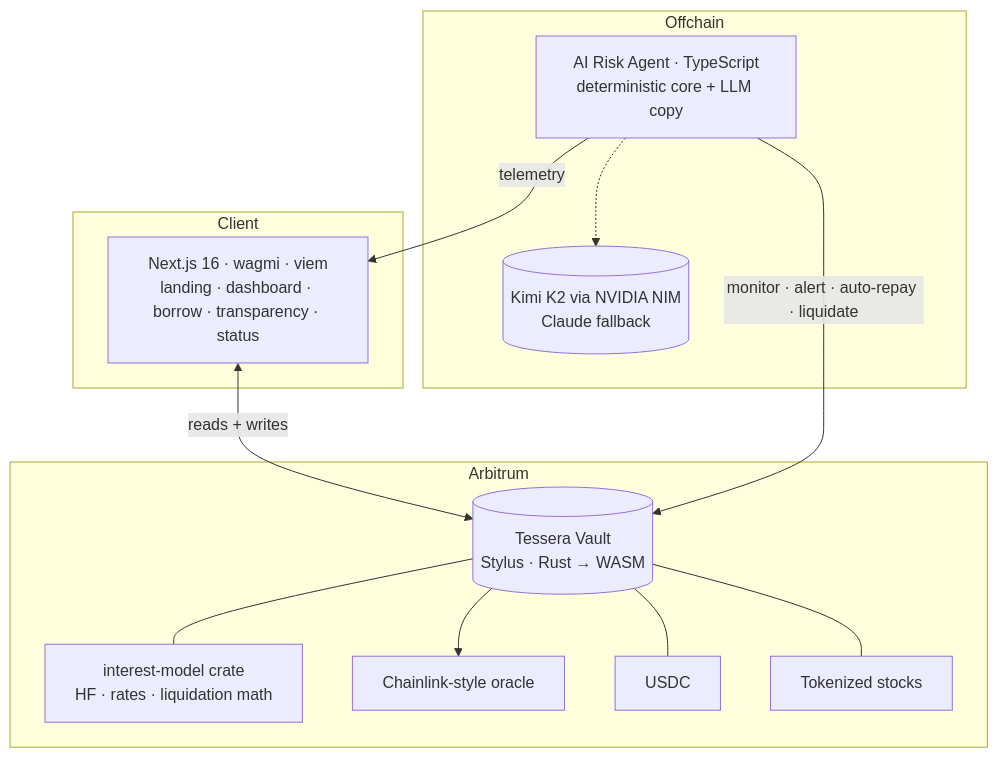
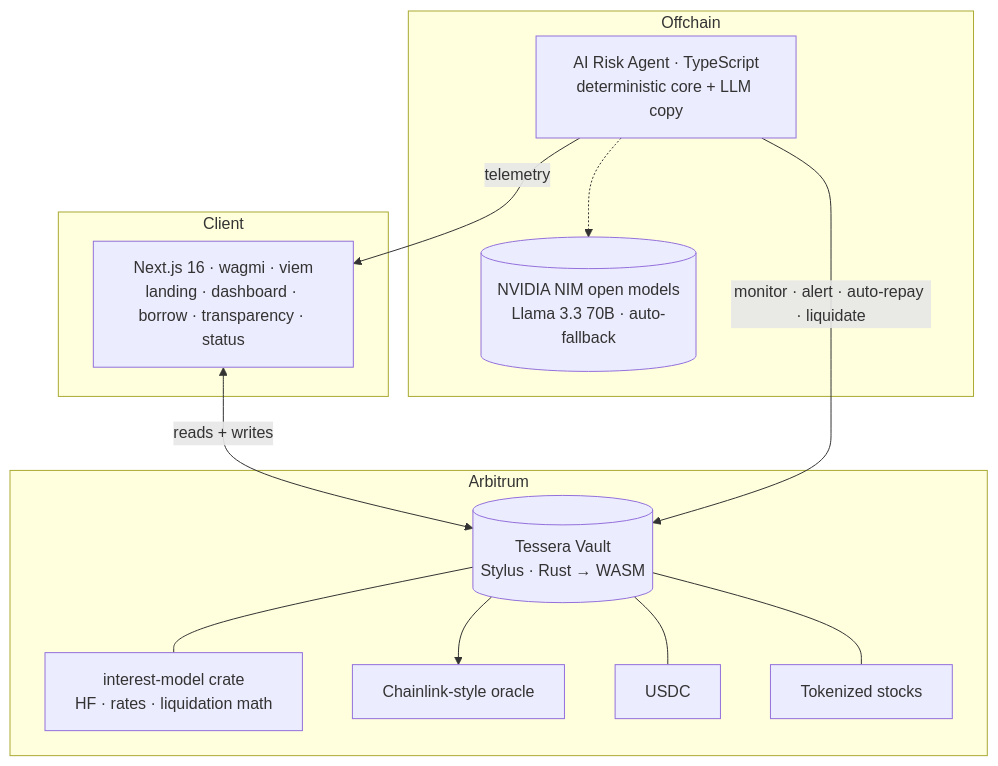
One commit to Ritik200238/tessera changed the third of 3 diagrams in README.md. Above: the diagram before and after it, drawn with Mermaid. The commit also changed other lines of this file and 9 other files, not shown here.

````diff
--- a/README.md
+++ b/README.md
@@ -109,24 +109,24 @@
 ```mermaid
 flowchart TB
   subgraph Client
     WEB[Next.js 16 · wagmi · viem<br/>landing · dashboard · borrow · transparency · status]
   end
   subgraph Chain[Arbitrum]
     VAULT[(Tessera Vault<br/>Stylus · Rust → WASM)]
     IM[interest-model crate<br/>HF · rates · liquidation math]
     ORACLE[Chainlink-style oracle]
     USDC[USDC] & STOCKS[Tokenized stocks]
     VAULT --- IM
     VAULT --> ORACLE
     VAULT --- USDC
     VAULT --- STOCKS
   end
   subgraph Offchain
     AGENT[AI Risk Agent · TypeScript<br/>deterministic core + LLM copy]
-    LLM[(Kimi K2 via NVIDIA NIM<br/>Claude fallback)]
+    LLM[(NVIDIA NIM open models<br/>Llama 3.3 70B · auto-fallback)]
     AGENT -.-> LLM
   end
   WEB <-->|reads + writes| VAULT
   AGENT -->|monitor · alert · auto-repay · liquidate| VAULT
   AGENT -->|telemetry| WEB
 ```
````
